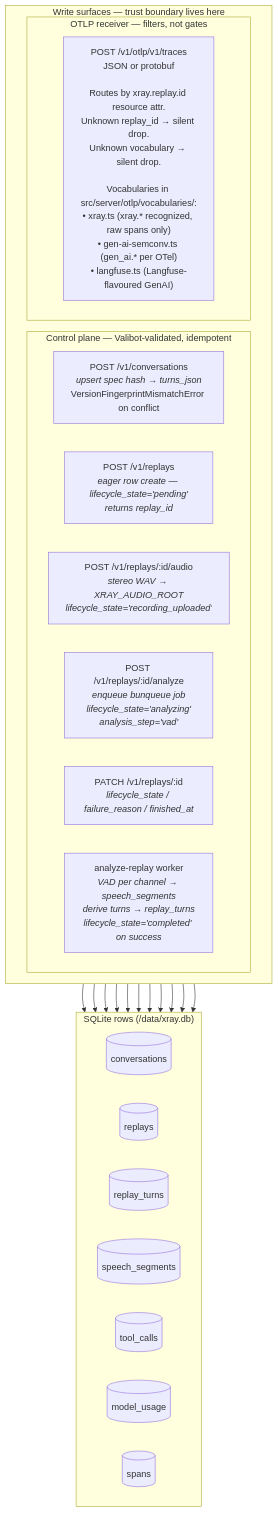
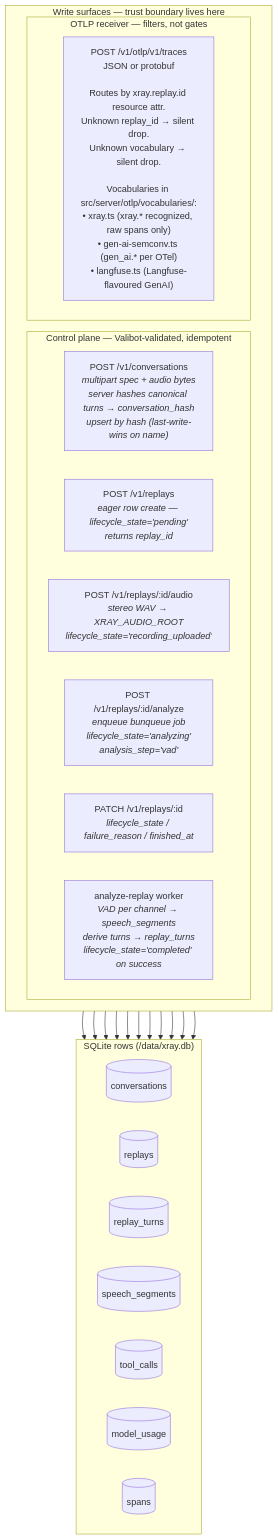
One commit to basilebong/xray changed the second of 5 diagrams in docs/architecture.md. Above: the diagram before and after it, drawn with Mermaid. The commit also changed other lines of this file and 5 other files, not shown here.

````diff
--- a/docs/architecture.md
+++ b/docs/architecture.md
@@ -117,40 +117,40 @@
 ```mermaid
 flowchart TB
     subgraph WRITES["Write surfaces — trust boundary lives here"]
       direction LR
       subgraph CP["Control plane — Valibot-validated, idempotent"]
-        CP1["POST /v1/conversations<br/><i>upsert spec hash → turns_json</i><br/>VersionFingerprintMismatchError on conflict"]
+        CP1["POST /v1/conversations<br/><i>multipart spec + audio bytes<br/>server hashes canonical turns → conversation_hash<br/>upsert by hash (last-write-wins on name)</i>"]
         CP2["POST /v1/replays<br/><i>eager row create — lifecycle_state='pending'<br/>returns replay_id</i>"]
         CP3["POST /v1/replays/:id/audio<br/><i>stereo WAV → XRAY_AUDIO_ROOT<br/>lifecycle_state='recording_uploaded'</i>"]
         CP4["POST /v1/replays/:id/analyze<br/><i>enqueue bunqueue job<br/>lifecycle_state='analyzing'<br/>analysis_step='vad'</i>"]
         CP5["PATCH /v1/replays/:id<br/><i>lifecycle_state / failure_reason / finished_at</i>"]
         CP6["analyze-replay worker<br/><i>VAD per channel → speech_segments<br/>derive turns → replay_turns<br/>lifecycle_state='completed' on success</i>"]
       end
       subgraph RX["OTLP receiver — filters, not gates"]
         RX1["POST /v1/otlp/v1/traces<br/>JSON or protobuf<br/><br/>Routes by xray.replay.id resource attr.<br/>Unknown replay_id → silent drop.<br/>Unknown vocabulary → silent drop.<br/><br/>Vocabularies in src/server/otlp/vocabularies/:<br/>• xray.ts (xray.* recognized, raw spans only)<br/>• gen-ai-semconv.ts (gen_ai.* per OTel)<br/>• langfuse.ts (Langfuse-flavoured GenAI)"]
       end
     end
 
     subgraph TABLES["SQLite rows (/data/xray.db)"]
       direction LR
       T_C[("conversations")]
       T_R[("replays")]
       T_RT[("replay_turns")]
       T_SS[("speech_segments")]
       T_TC[("tool_calls")]
       T_MU[("model_usage")]
       T_S[("spans")]
     end
 
     CP1 --> T_C
     CP2 --> T_R
     CP3 --> T_R
     CP4 --> T_R
     CP5 --> T_R
     CP6 --> T_R
     CP6 --> T_RT
     CP6 --> T_SS
     RX1 --> T_TC
     RX1 --> T_MU
     RX1 --> T_S
 ```
````
